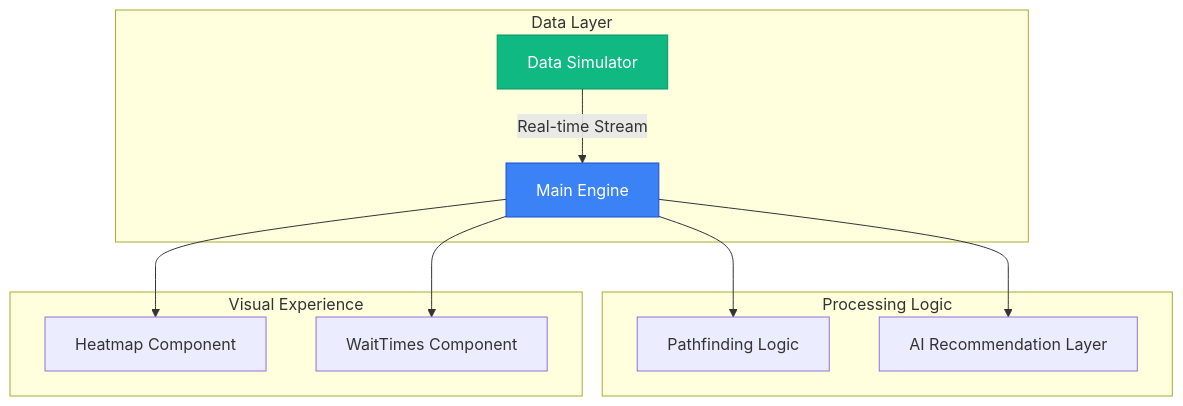
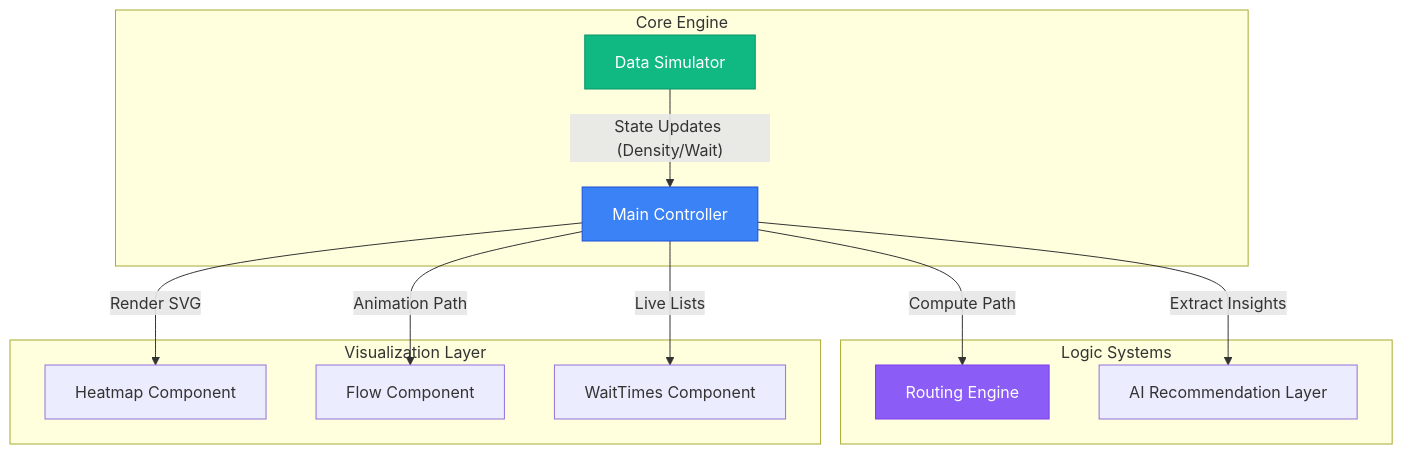
Before and after one commit to sirshivansh/crowdsense-ai-new: the diagram in README.md, drawn with Mermaid. The commit also changed other lines of this file, not shown here.

````diff
--- a/README.md
+++ b/README.md
@@ -80,19 +22,21 @@
 ```mermaid
 graph TD
-    subgraph "Data Layer"
-        S[Data Simulator] --> |Real-time Stream| M[Main Engine]
+    subgraph "Core Engine"
+        DS[Data Simulator] -- "State Updates (Density/Wait)" --> ME[Main Controller]
     end
 
-    subgraph "Processing Logic"
-        M --> R[Pathfinding Logic]
-        M --> A[AI Recommendation Layer]
+    subgraph "Logic Systems"
+        ME -- "Compute Path" --> RT[Routing Engine]
+        ME -- "Extract Insights" --> AI[AI Recommendation Layer]
     end
 
-    subgraph "Visual Experience"
-        M --> H[Heatmap Component]
-        M --> W[WaitTimes Component]
+    subgraph "Visualization Layer"
+        ME -- "Render SVG" --> HM[Heatmap Component]
+        ME -- "Animation Path" --> FL[Flow Component]
+        ME -- "Live Lists" --> WT[WaitTimes Component]
     end
 
-    style M fill:#3b82f6,stroke:#1d4ed8,color:#fff
-    style S fill:#10b981,stroke:#059669,color:#fff
+    style DS fill:#10b981,stroke:#059669,color:#fff
+    style ME fill:#3b82f6,stroke:#1d4ed8,color:#fff
+    style RT fill:#8b5cf6,stroke:#7c3aed,color:#fff
 ```
````
